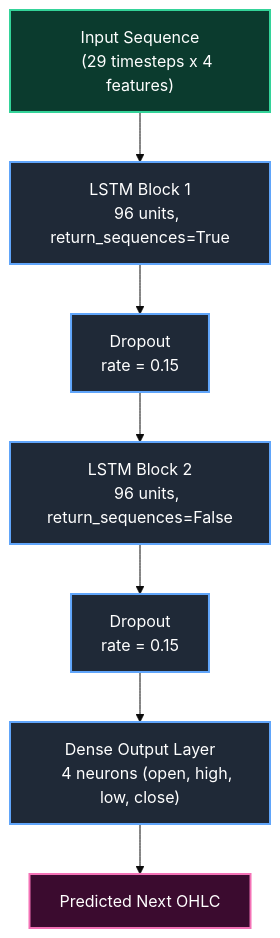
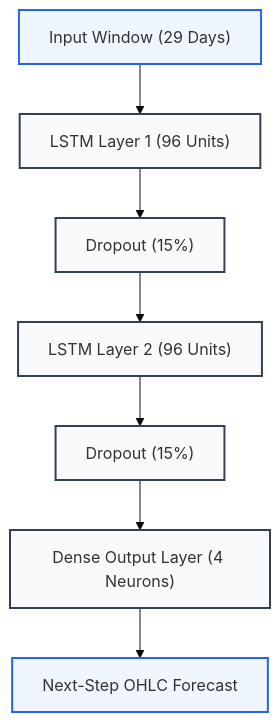
One commit to Seventie/New-York-Stock-Prediction---LSTM- changed the second of 2 diagrams in README.md. Above: the diagram before and after it, drawn with Mermaid (base theme). The commit also changed other lines of this file, not shown here.

````diff
--- a/README.md
+++ b/README.md
@@ -59,23 +53,14 @@
 ```mermaid
 flowchart TB
-    A["Input Sequence
-    (29 timesteps x 4 features)"] --> B["LSTM Block 1
-    96 units, return_sequences=True"]
-    B --> C["Dropout
-    rate = 0.15"]
-    C --> D["LSTM Block 2
-    96 units, return_sequences=False"]
-    D --> E["Dropout
-    rate = 0.15"]
-    E --> F["Dense Output Layer
-    4 neurons (open, high, low, close)"]
-    F --> G["Predicted Next OHLC"]
+    Input["Input Window (29 Days)"] --> LSTM1["LSTM Layer 1 (96 Units)"]
+    LSTM1 --> Drop1["Dropout (15%)"]
+    Drop1 --> LSTM2["LSTM Layer 2 (96 Units)"]
+    LSTM2 --> Drop2["Dropout (15%)"]
+    Drop2 --> Dense["Dense Output Layer (4 Neurons)"]
+    Dense --> Output["Next-Step OHLC Forecast"]
 
-    classDef layer fill:#1f2937,stroke:#60a5fa,stroke-width:2px,color:#ffffff;
-    classDef input fill:#0b3b2e,stroke:#34d399,stroke-width:2px,color:#ffffff;
-    classDef output fill:#3b0b2f,stroke:#f472b6,stroke-width:2px,color:#ffffff;
-
-    class A input;
-    class B,C,D,E,F layer;
-    class G output;
+    classDef layer fill:#f8fafc,stroke:#334155,stroke-width:2px;
+    classDef io fill:#eff6ff,stroke:#2563eb,stroke-width:2px;
+    class LSTM1,LSTM2,Drop1,Drop2,Dense layer;
+    class Input,Output io;
 ```
````
